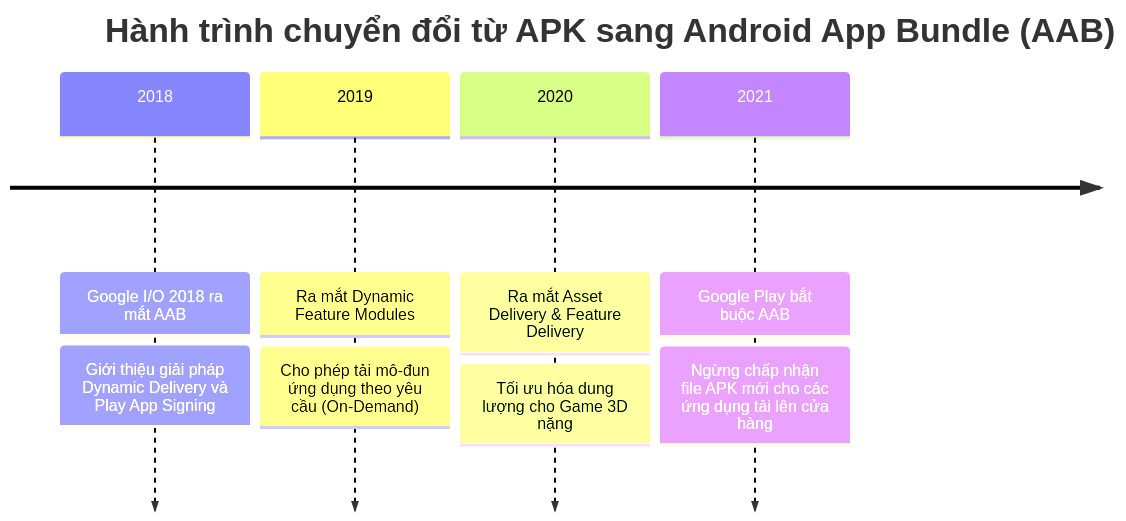
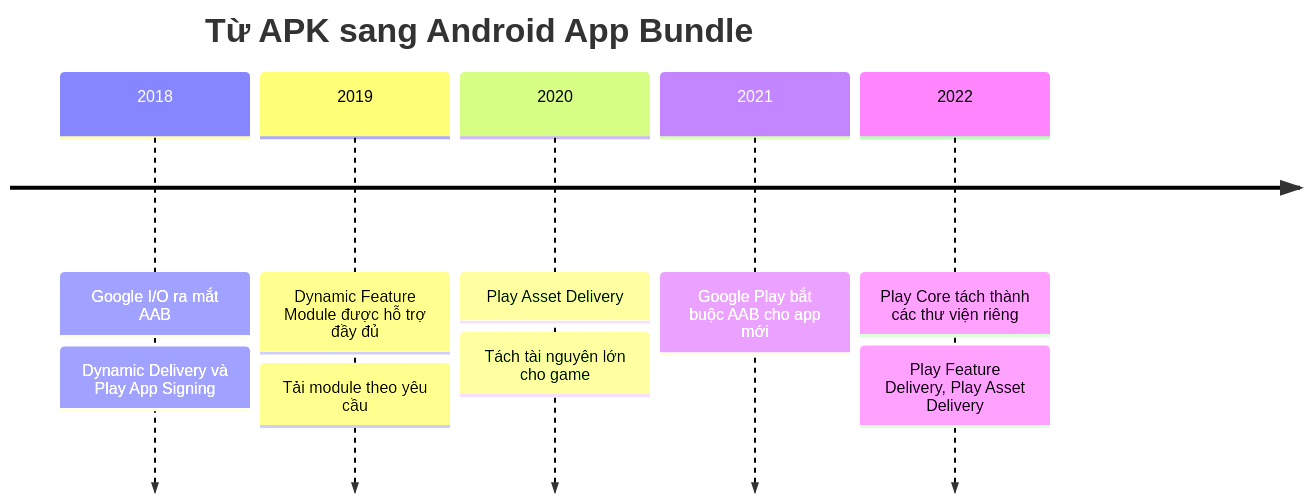
The first of 3 diagrams in knowledge/android/docs/session_01/output_packages/aab_files.md (h1eu/knowledge), drawn with Mermaid before and after one commit. The commit also changed other lines of this file and 80 other files, not shown here.

First line of the commit message:
docs(android): rewrite Session 01, add Claude Code config and diagrams

````diff
--- a/knowledge/android/docs/session_01/output_packages/aab_files.md
+++ b/knowledge/android/docs/session_01/output_packages/aab_files.md
@@ -46,8 +46,9 @@
 ```mermaid
 timeline
-    title Hành trình chuyển đổi từ APK sang Android App Bundle (AAB)
-    2018 : Google I/O 2018 ra mắt AAB : Giới thiệu giải pháp Dynamic Delivery và Play App Signing
-    2019 : Ra mắt Dynamic Feature Modules : Cho phép tải mô-đun ứng dụng theo yêu cầu (On-Demand)
-    2020 : Ra mắt Asset Delivery & Feature Delivery : Tối ưu hóa dung lượng cho Game 3D nặng
-    2021 : Google Play bắt buộc AAB : Ngừng chấp nhận file APK mới cho các ứng dụng tải lên cửa hàng
+    title Từ APK sang Android App Bundle
+    2018 : Google I/O ra mắt AAB : Dynamic Delivery và Play App Signing
+    2019 : Dynamic Feature Module được hỗ trợ đầy đủ : Tải module theo yêu cầu
+    2020 : Play Asset Delivery : Tách tài nguyên lớn cho game
+    2021 : Google Play bắt buộc AAB cho app mới
+    2022 : Play Core tách thành các thư viện riêng : Play Feature Delivery, Play Asset Delivery
 ```
````
